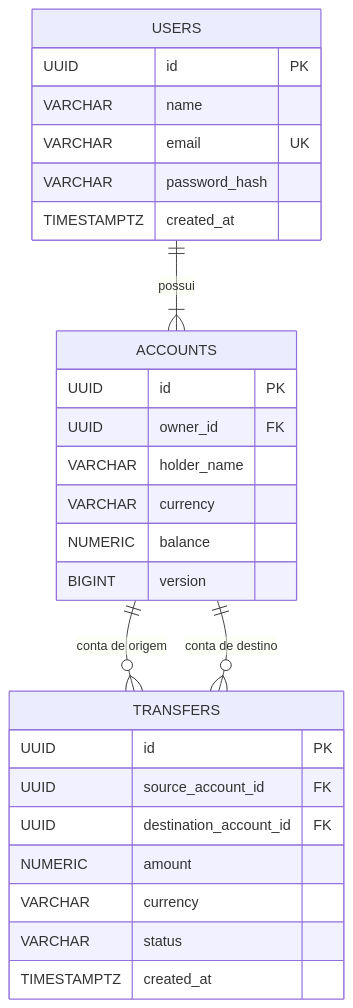
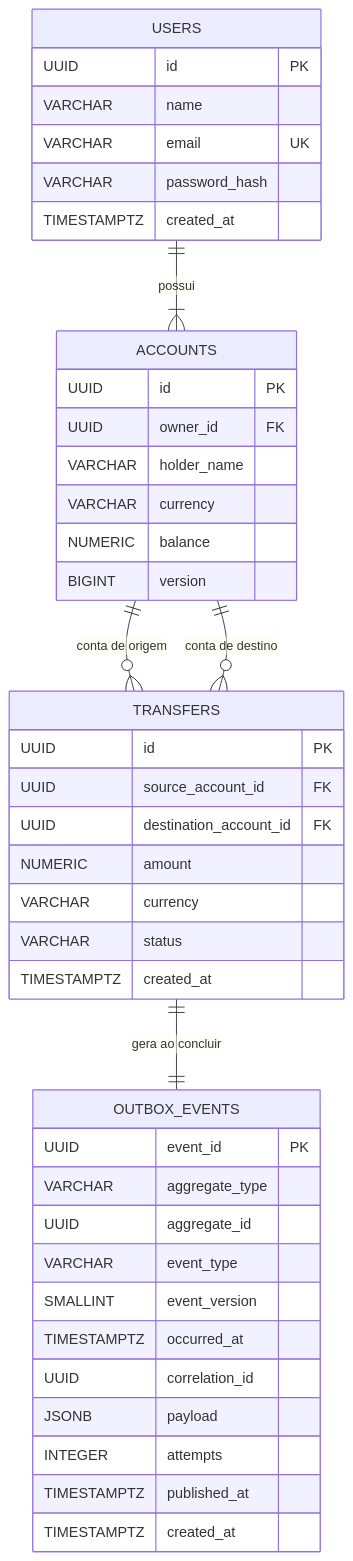
One commit to WilliamRochaJR/pay-flow changed the second of 3 diagrams in docs/domain-model.md. Above: the diagram before and after it, drawn with Mermaid. The commit also changed other lines of this file and 11 other files, not shown here.

Commit message:
feat(events): add transactional transfer outbox

````diff
--- a/docs/domain-model.md
+++ b/docs/domain-model.md
@@ -149,33 +170,48 @@
 ```mermaid
 erDiagram
     USERS ||--|{ ACCOUNTS : possui
     ACCOUNTS ||--o{ TRANSFERS : "conta de origem"
     ACCOUNTS ||--o{ TRANSFERS : "conta de destino"
+    TRANSFERS ||--|| OUTBOX_EVENTS : "gera ao concluir"
 
     ACCOUNTS {
         UUID id PK
         UUID owner_id FK
         VARCHAR holder_name
         VARCHAR currency
         NUMERIC balance
         BIGINT version
     }
 
     USERS {
         UUID id PK
         VARCHAR name
         VARCHAR email UK
         VARCHAR password_hash
         TIMESTAMPTZ created_at
     }
 
     TRANSFERS {
         UUID id PK
         UUID source_account_id FK
         UUID destination_account_id FK
         NUMERIC amount
         VARCHAR currency
         VARCHAR status
         TIMESTAMPTZ created_at
     }
+
+    OUTBOX_EVENTS {
+        UUID event_id PK
+        VARCHAR aggregate_type
+        UUID aggregate_id
+        VARCHAR event_type
+        SMALLINT event_version
+        TIMESTAMPTZ occurred_at
+        UUID correlation_id
+        JSONB payload
+        INTEGER attempts
+        TIMESTAMPTZ published_at
+        TIMESTAMPTZ created_at
+    }
 ```
````
